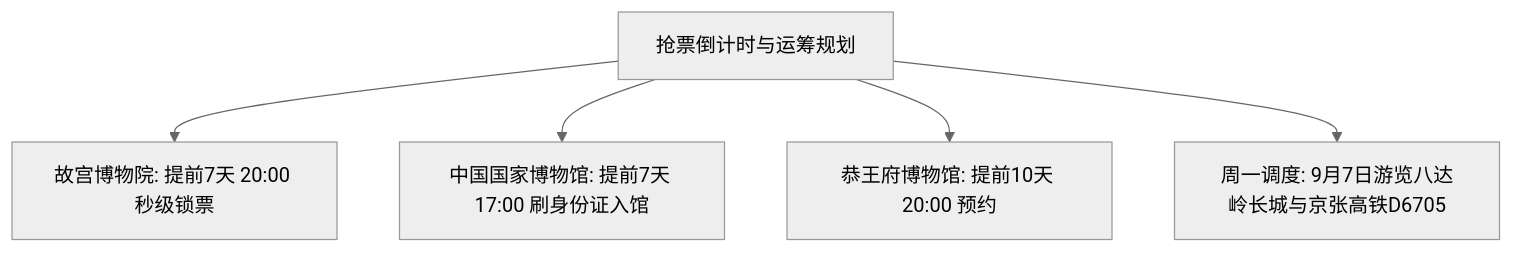
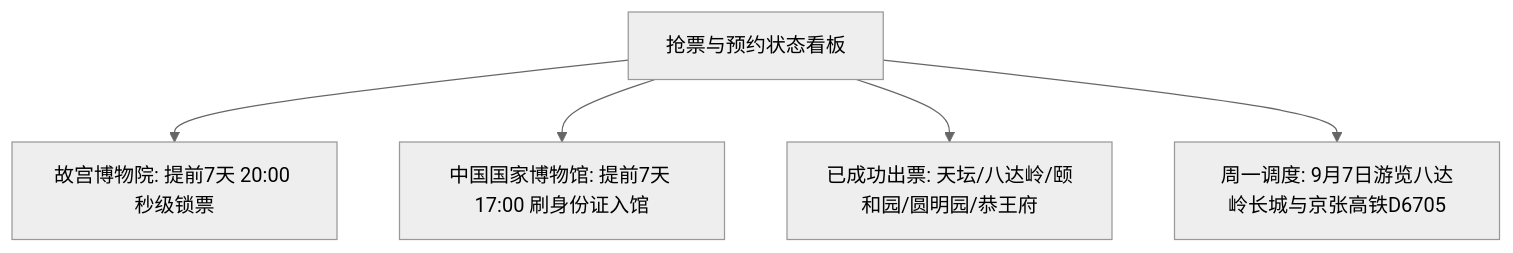
One commit to PhoenixNest/travel-agency changed the diagram in beijing/README.md. Above: the diagram before and after it, drawn with Mermaid (neutral theme). The commit also changed 16 other files, not shown here.

````diff
--- a/beijing/README.md
+++ b/beijing/README.md
@@ -30,7 +30,7 @@
 ```mermaid
 graph TD
-    A[抢票倒计时与运筹规划] --> B[故宫博物院: 提前7天 20:00 秒级锁票]
+    A[抢票与预约状态看板] --> B[故宫博物院: 提前7天 20:00 秒级锁票]
     A --> C[中国国家博物馆: 提前7天 17:00 刷身份证入馆]
-    A --> D[恭王府博物馆: 提前10天 20:00 预约]
+    A --> D[已成功出票: 天坛/八达岭/颐和园/圆明园/恭王府]
     A --> E[周一调度: 9月7日游览八达岭长城与京张高铁D6705]
 ```
````
